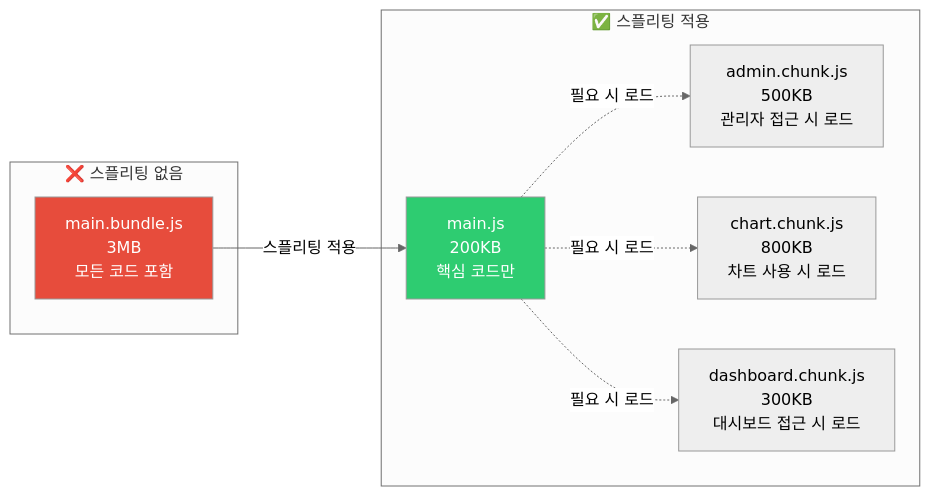
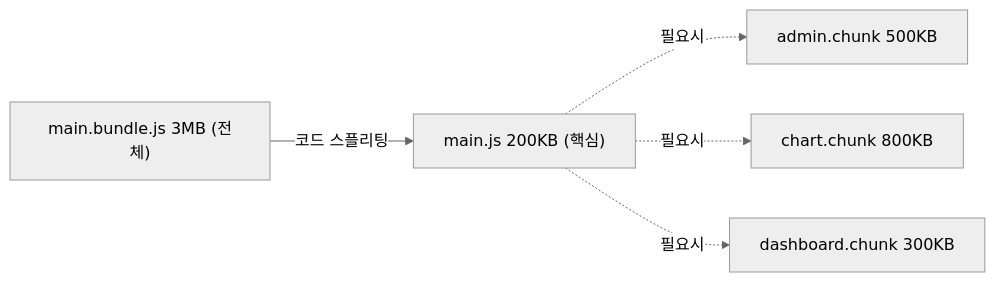
One commit to yjkim2015/yjkim2015.github.io changed the seventh of 8 diagrams in _posts/frontend/2026-05-01-frontend-architecture.md. Above: the diagram before and after it, drawn with Mermaid (neutral theme). The commit also changed other lines of this file and 215 other files, not shown here.

First line of the commit message:
신규 포스트 10개 추가 + Mermaid 전면 축소 + SystemDesign 시리즈 보강

````diff
--- a/_posts/frontend/2026-05-01-frontend-architecture.md
+++ b/_posts/frontend/2026-05-01-frontend-architecture.md
@@ -539,21 +439,12 @@
 ```mermaid
 flowchart LR
-    subgraph "❌ 스플리팅 없음"
-        B1["main.bundle.js\n3MB\n모든 코드 포함"]
-    end
-
-    subgraph "✅ 스플리팅 적용"
-        B2["main.js\n200KB\n핵심 코드만"]
-        B3["admin.chunk.js\n500KB\n관리자 접근 시 로드"]
-        B4["chart.chunk.js\n800KB\n차트 사용 시 로드"]
-        B5["dashboard.chunk.js\n300KB\n대시보드 접근 시 로드"]
-    end
-
-    B1 -->|"스플리팅 적용"| B2
-    B2 -.->|"필요 시 로드"| B3
-    B2 -.->|"필요 시 로드"| B4
-    B2 -.->|"필요 시 로드"| B5
-
-    style B1 fill:#e74c3c,color:#fff
-    style B2 fill:#2ecc71,color:#fff
+    B1["main.bundle.js 3MB (전체)"]
+    B2["main.js 200KB (핵심)"]
+    B3["admin.chunk 500KB"]
+    B4["chart.chunk 800KB"]
+    B5["dashboard.chunk 300KB"]
+    B1 -->|"코드 스플리팅"| B2
+    B2 -.->|"필요시"| B3
+    B2 -.->|"필요시"| B4
+    B2 -.->|"필요시"| B5
 ```
````
